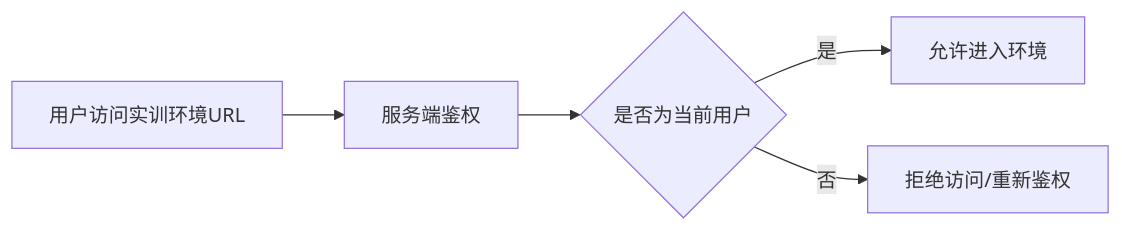
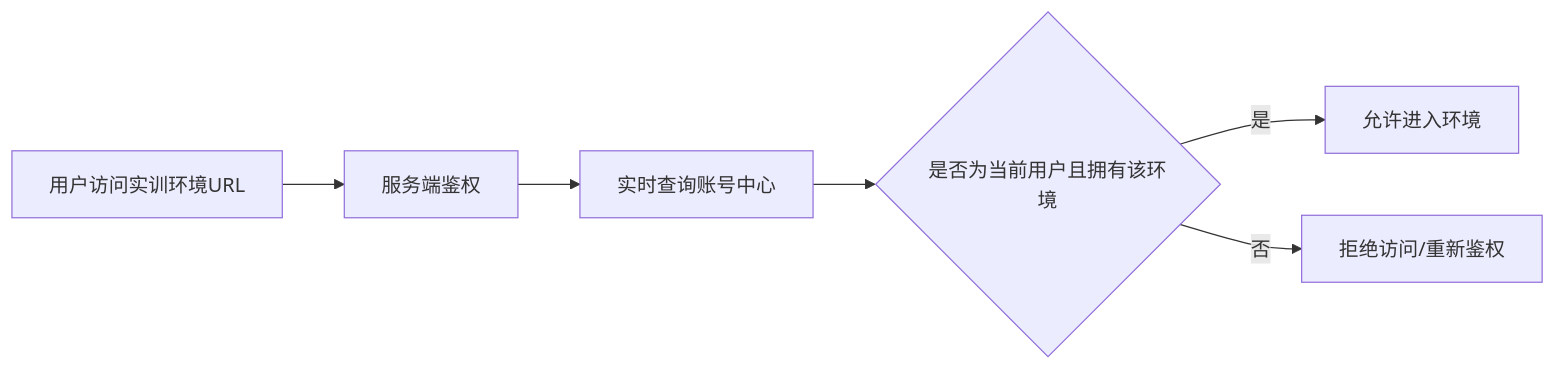
Before and after one commit to GeorgeCao-hw/backlog-test: the diagram in opensourceways/backlog/issue_docs/151/Requirement Analysis/#151 Requirement Analysis Specification.md, drawn with Mermaid. The commit also changed other lines of this file and 1 other file, not shown here.

````diff
--- a/opensourceways/backlog/issue_docs/151/Requirement Analysis/#151 Requirement Analysis Specification.md
+++ b/opensourceways/backlog/issue_docs/151/Requirement Analysis/#151 Requirement Analysis Specification.md
@@ -40,7 +40,8 @@
 ```mermaid
 flowchart LR
     A[用户访问实训环境URL] --> B[服务端鉴权]
-    B --> C{是否为当前用户}
-    C -- 是 --> D[允许进入环境]
-    C -- 否 --> E[拒绝访问/重新鉴权]
+    B --> C[实时查询账号中心]
+    C --> D{是否为当前用户且拥有该环境}
+    D -- 是 --> E[允许进入环境]
+    D -- 否 --> F[拒绝访问/重新鉴权]
 ```
````
